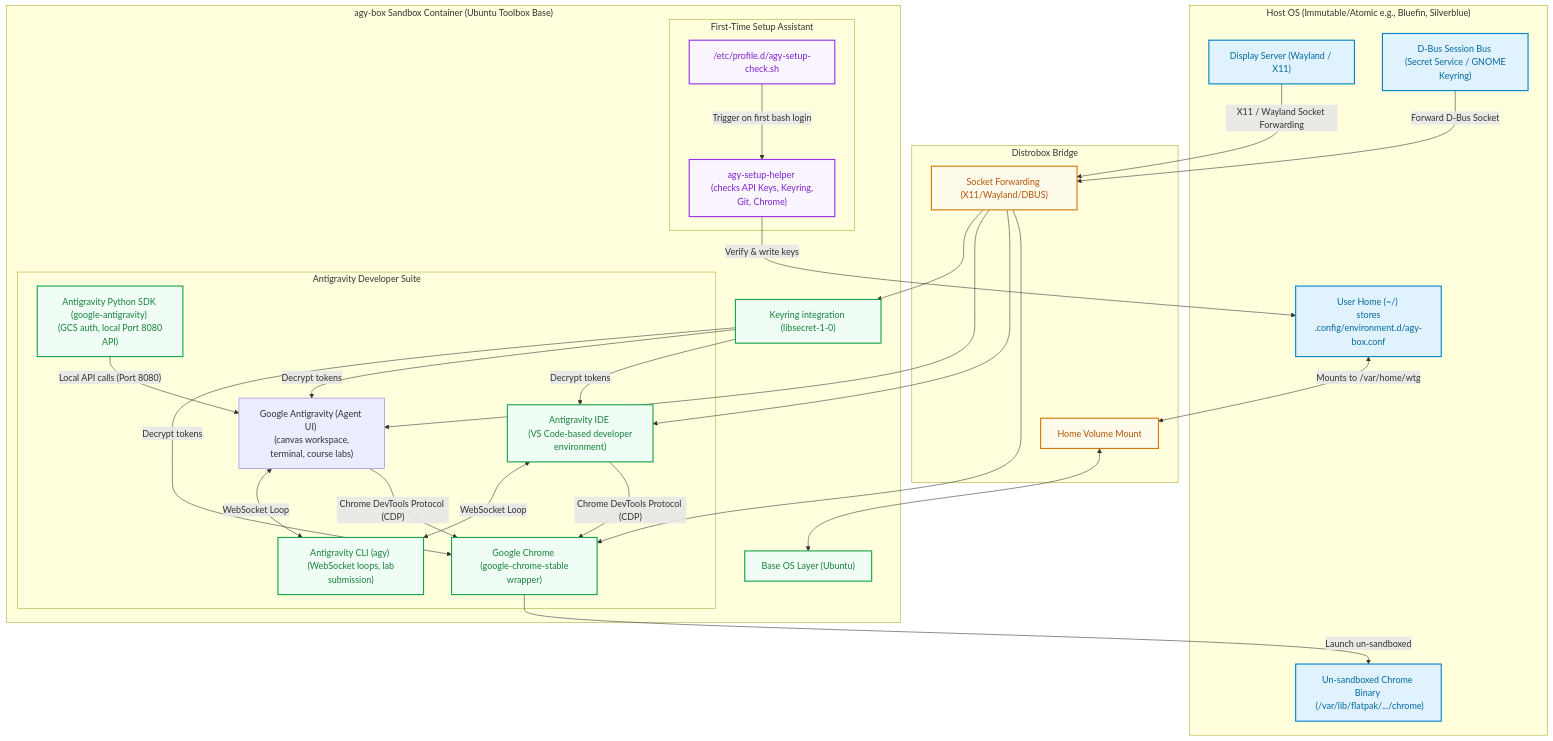
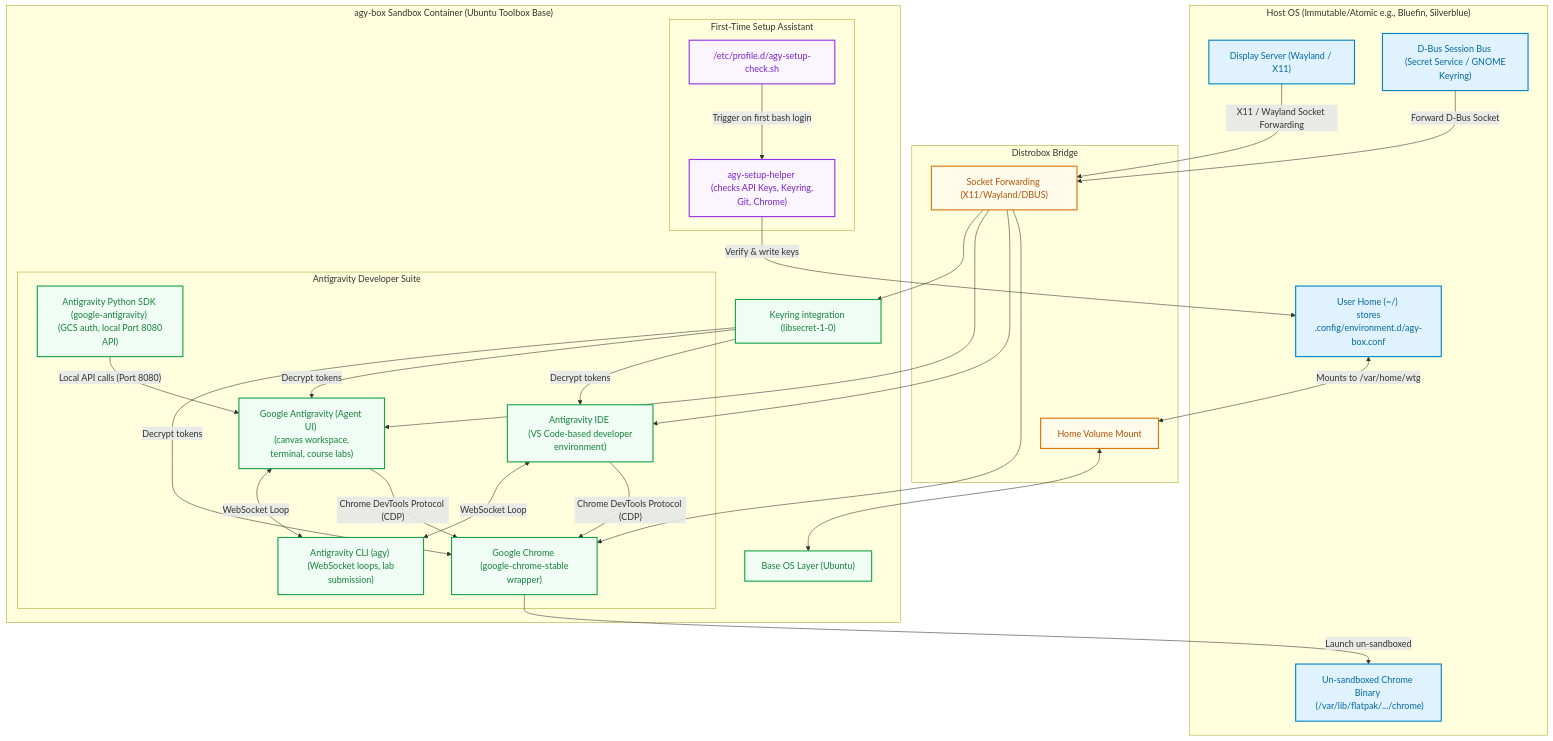
One commit to wtg-codes/agy-box changed the first of 2 diagrams in README.md. Above: the diagram before and after it, drawn with Mermaid. The commit also changed other lines of this file, not shown here.

Commit message:
ci: fix GHCR push, add Grype scan, patch test-box.sh, and fix README
- Restrict GHCR push/login to 'push' events to fix GITHUB_TOKEN permission issues on PRs.
- Load image locally on non-push events for testing and scanning.
- Add Grype vulnerability scan with 'critical' severity failure threshold.
- Update scripts/test-box.sh to respect SKIP_BUILD environment variable.
- Fix broken Mermaid diagram syntax and absolute documentation links in README.md.

````diff
--- a/README.md
+++ b/README.md
@@ -80,67 +80,67 @@
 ```mermaid
 graph TD
     subgraph Host ["Host OS (Immutable/Atomic e.g., Bluefin, Silverblue)"]
         UserHome["User Home (~/) <br> stores .config/environment.d/agy-box.conf"]
         Display["Display Server (Wayland / X11)"]
         DBus["D-Bus Session Bus <br> (Secret Service / GNOME Keyring)"]
         FlatpakChrome["Un-sandboxed Chrome Binary <br> (/var/lib/flatpak/.../chrome)"]
     end
 
     subgraph Bridge ["Distrobox Bridge"]
         MountHome["Home Volume Mount"]
         ForwardSockets["Socket Forwarding (X11/Wayland/DBUS)"]
     end
 
     subgraph Sandbox ["agy-box Sandbox Container (Ubuntu Toolbox Base)"]
         BaseOS["Base OS Layer (Ubuntu)"]
         KeyringClient["Keyring integration (libsecret-1-0)"]
         
         subgraph Setup ["First-Time Setup Assistant"]
             SetupHelper["agy-setup-helper <br> (checks API Keys, Keyring, Git, Chrome)"]
             ProfileHook["/etc/profile.d/agy-setup-check.sh"]
         end
 
         subgraph Suite ["Antigravity Developer Suite"]
             AgentUI["Google Antigravity (Agent UI) <br> (canvas workspace, terminal, course labs)"]
-            IDE["Antigravity IDE <br> (VS Code-based developer environment)"]
+            G_IDE["Antigravity IDE <br> (VS Code-based developer environment)"]
             CLI["Antigravity CLI (agy) <br> (WebSocket loops, lab submission)"]
             SDK["Antigravity Python SDK (google-antigravity) <br> (GCS auth, local Port 8080 API)"]
             ChromeWrapper["Google Chrome <br> (google-chrome-stable wrapper)"]
         end
     end
 
     UserHome <-->|"Mounts to /var/home/wtg"| MountHome
     MountHome <--> BaseOS
     
     DBus -->|"Forward D-Bus Socket"| ForwardSockets
     ForwardSockets --> KeyringClient
     KeyringClient -->|"Decrypt tokens"| ChromeWrapper
     KeyringClient -->|"Decrypt tokens"| AgentUI
-    KeyringClient -->|"Decrypt tokens"| IDE
+    KeyringClient -->|"Decrypt tokens"| G_IDE
     
     Display -->|"X11 / Wayland Socket Forwarding"| ForwardSockets
     ForwardSockets --> AgentUI
-    ForwardSockets --> IDE
+    ForwardSockets --> G_IDE
     ForwardSockets --> ChromeWrapper
     
     AgentUI <-->|"WebSocket Loop"| CLI
-    IDE <-->|"WebSocket Loop"| CLI
+    G_IDE <-->|"WebSocket Loop"| CLI
     SDK -->|"Local API calls (Port 8080)"| AgentUI
     AgentUI -->|"Chrome DevTools Protocol (CDP)"| ChromeWrapper
-    IDE -->|"Chrome DevTools Protocol (CDP)"| ChromeWrapper
+    G_IDE -->|"Chrome DevTools Protocol (CDP)"| ChromeWrapper
     ChromeWrapper -->|"Launch un-sandboxed"| FlatpakChrome
     
     ProfileHook -->|"Trigger on first bash login"| SetupHelper
     SetupHelper -->|"Verify & write keys"| UserHome
 
     %% Modern Theme Styling
     classDef host fill:#e0f2fe,stroke:#0284c7,stroke-width:2px,color:#0369a1;
     classDef bridge fill:#fffbeb,stroke:#d97706,stroke-width:2px,color:#b45309;
     classDef sandbox fill:#f0fdf4,stroke:#16a34a,stroke-width:2px,color:#15803d;
     classDef setup fill:#faf5ff,stroke:#9333ea,stroke-width:2px,color:#7e22ce;
 
     class UserHome,Display,DBus,FlatpakChrome host;
     class MountHome,ForwardSockets bridge;
-    class BaseOS,KeyringClient,IDE,CLI,SDK,ChromeWrapper sandbox;
+    class BaseOS,KeyringClient,G_IDE,CLI,SDK,ChromeWrapper,AgentUI sandbox;
     class SetupHelper,ProfileHook setup;
 ```
````
